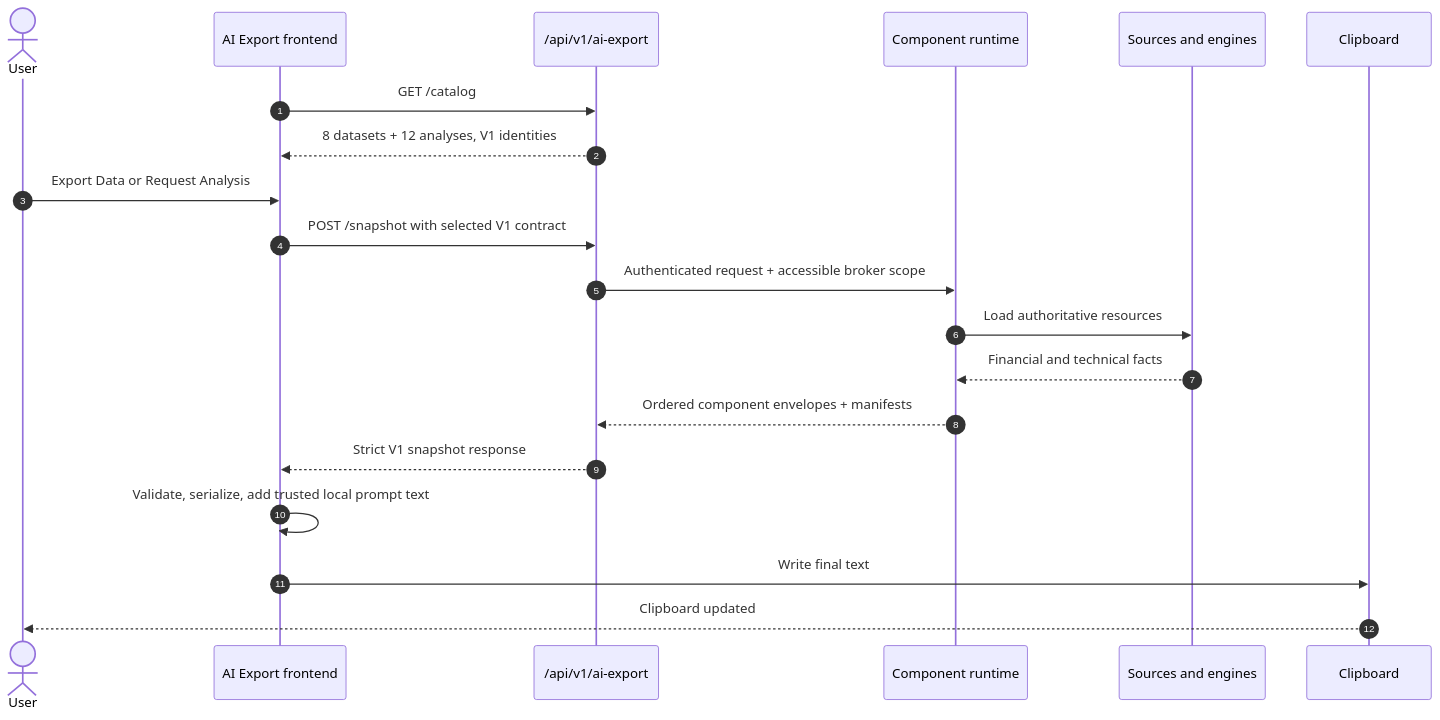
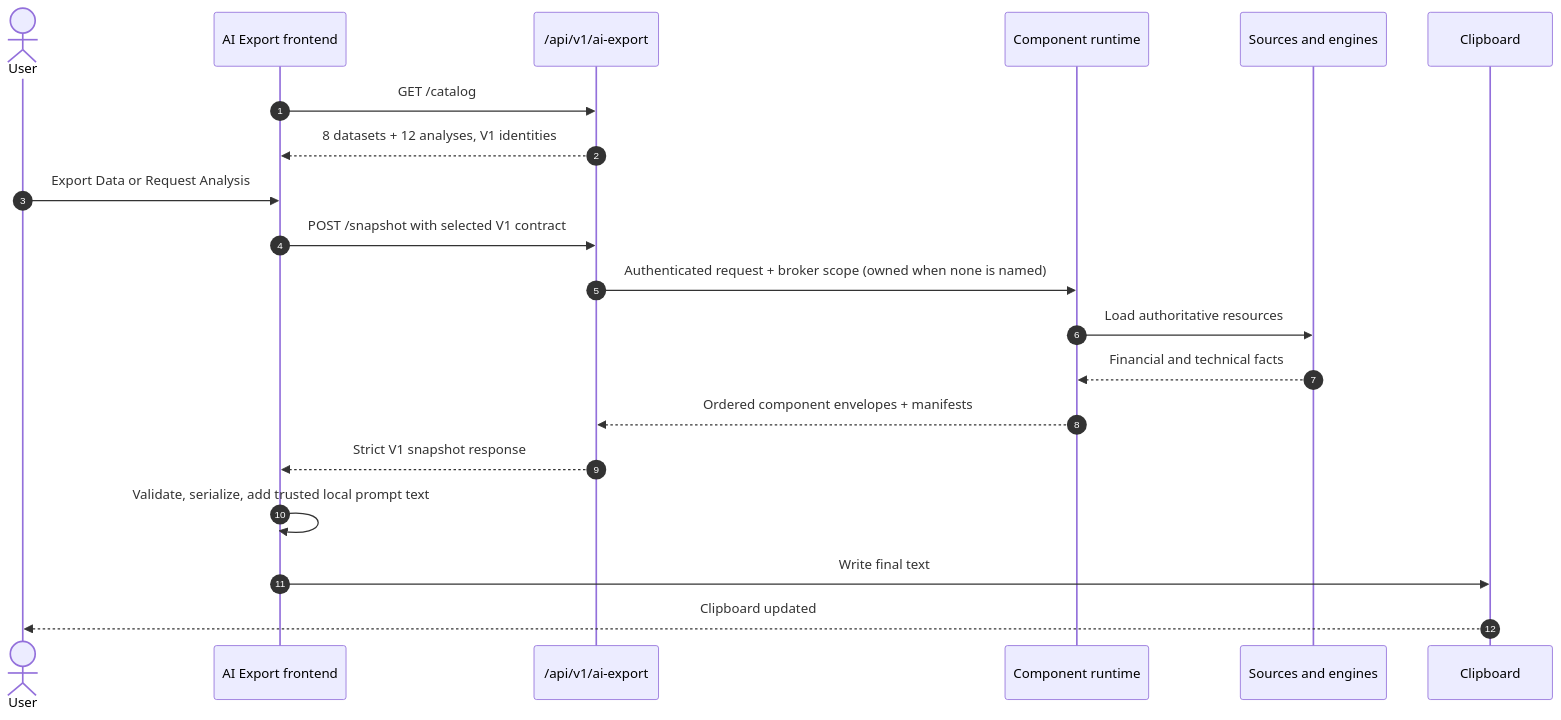
One commit to Librefolio/LibreFolio changed the second of 2 diagrams in mkdocs_src/docs/developer/architecture/patterns/ai_export_snapshot.md. Above: the diagram before and after it, drawn with Mermaid. The commit also changed other lines of this file and 2 other files, not shown here.

Commit message:
docs(ai-export): owned broker scope in the developer docs (78 L10b)

````diff
--- a/mkdocs_src/docs/developer/architecture/patterns/ai_export_snapshot.md
+++ b/mkdocs_src/docs/developer/architecture/patterns/ai_export_snapshot.md
@@ -44,23 +44,23 @@
 ```mermaid
 sequenceDiagram
     autonumber
     actor U as User
     participant F as AI Export frontend
     participant A as /api/v1/ai-export
     participant R as Component runtime
     participant S as Sources and engines
     participant C as Clipboard
 
     F->>A: GET /catalog
     A-->>F: 8 datasets + 12 analyses, V1 identities
     U->>F: Export Data or Request Analysis
     F->>A: POST /snapshot with selected V1 contract
-    A->>R: Authenticated request + accessible broker scope
+    A->>R: Authenticated request + broker scope (owned when none is named)
     R->>S: Load authoritative resources
     S-->>R: Financial and technical facts
     R-->>A: Ordered component envelopes + manifests
     A-->>F: Strict V1 snapshot response
     F->>F: Validate, serialize, add trusted local prompt text
     F->>C: Write final text
     C-->>U: Clipboard updated
 ```
````
